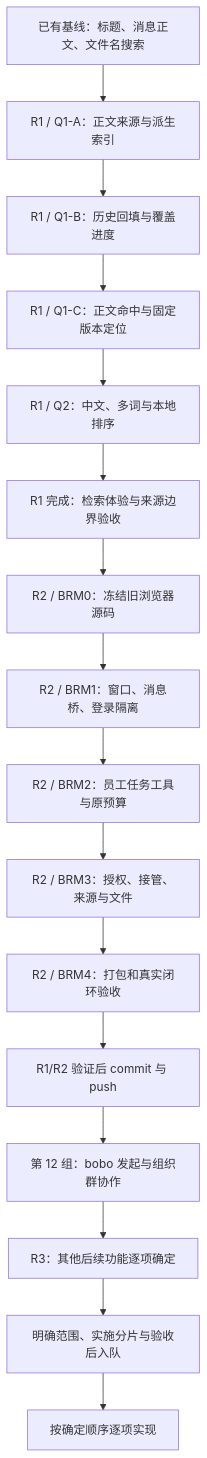
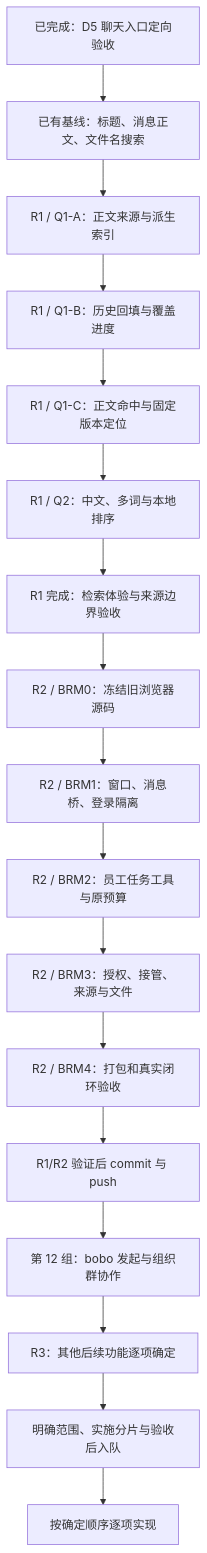
The diagram in ai-docs/spec/01-后续功能实施路线图.md (6owen/boai-agent), drawn with Mermaid before and after one commit. The commit also changed other lines of this file and 230 other files, not shown here.

````diff
--- a/ai-docs/spec/01-后续功能实施路线图.md
+++ b/ai-docs/spec/01-后续功能实施路线图.md
@@ -19,18 +22,19 @@
 ```mermaid
 flowchart TD
-    A[已有基线：标题、消息正文、文件名搜索] --> B[R1 / Q1-A：正文来源与派生索引]
+    P[已完成：D5 聊天入口定向验收] --> A[已有基线：标题、消息正文、文件名搜索]
+    A --> B[R1 / Q1-A：正文来源与派生索引]
     B --> C[R1 / Q1-B：历史回填与覆盖进度]
     C --> D[R1 / Q1-C：正文命中与固定版本定位]
     D --> E[R1 / Q2：中文、多词与本地排序]
     E --> F[R1 完成：检索体验与来源边界验收]
     F --> G[R2 / BRM0：冻结旧浏览器源码]
     G --> H[R2 / BRM1：窗口、消息桥、登录隔离]
     H --> I[R2 / BRM2：员工任务工具与原预算]
     I --> J[R2 / BRM3：授权、接管、来源与文件]
     J --> K[R2 / BRM4：打包和真实闭环验收]
     K --> CMT[R1/R2 验证后 commit 与 push]
     CMT --> O[第 12 组：bobo 发起与组织群协作]
     O --> L[R3：其他后续功能逐项确定]
     L --> M[明确范围、实施分片与验收后入队]
     M --> N[按确定顺序逐项实现]
 ```
````
